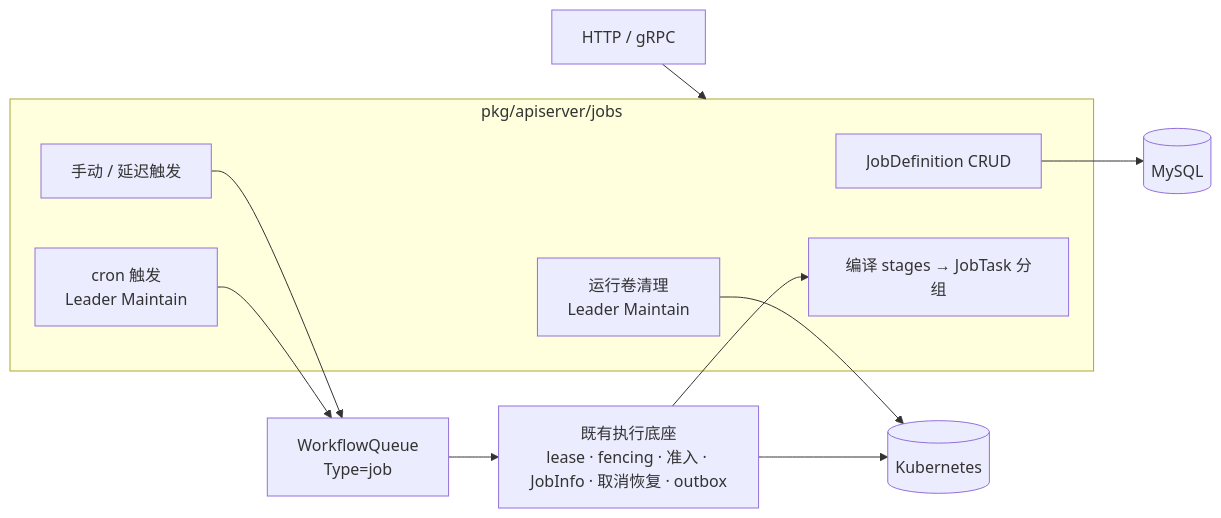
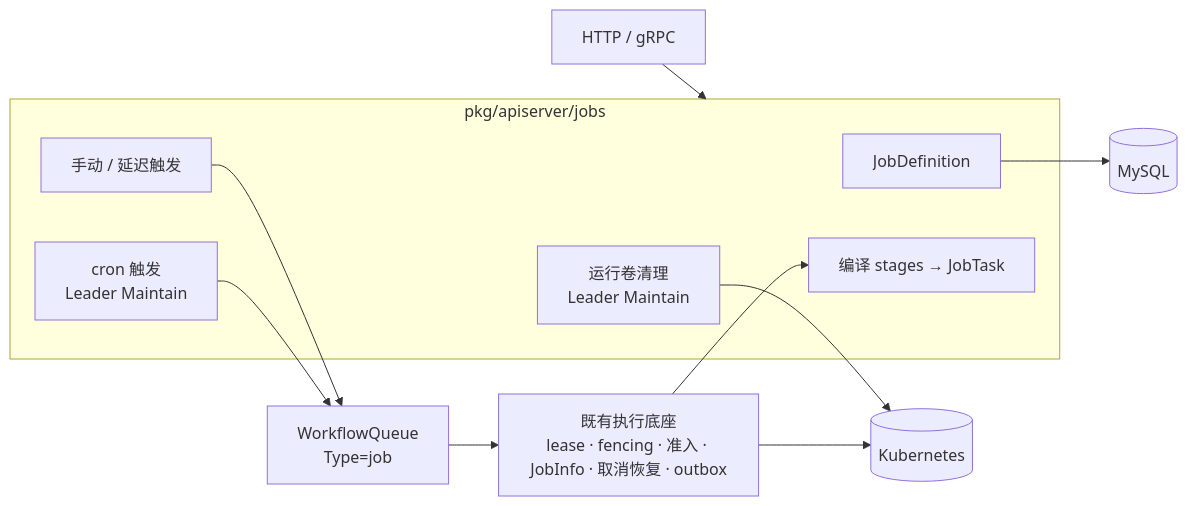
Before and after one commit to PixelCores/Eruun: the diagram in docs/job-module-design.md, drawn with Mermaid. The commit also changed other lines of this file and 15 other files, not shown here.

````diff
--- a/docs/job-module-design.md
+++ b/docs/job-module-design.md
@@ -35,18 +20,18 @@
 ```mermaid
 flowchart LR
   API[HTTP / gRPC] --> Jobs
   subgraph Jobs[pkg/apiserver/jobs]
-    Def[JobDefinition CRUD]
+    Def[JobDefinition]
     Trigger[手动 / 延迟触发]
     Cron[cron 触发<br/>Leader Maintain]
-    Compile[编译 stages → JobTask 分组]
+    Compile[编译 stages → JobTask]
     GC[运行卷清理<br/>Leader Maintain]
   end
   Def --> DB[(MySQL)]
   Trigger --> Q[WorkflowQueue<br/>Type=job]
   Cron --> Q
   Q --> Engine[既有执行底座<br/>lease · fencing · 准入 · JobInfo · 取消恢复 · outbox]
   Engine --> Compile
   Engine --> K8s[(Kubernetes)]
   GC --> K8s
 ```
````
